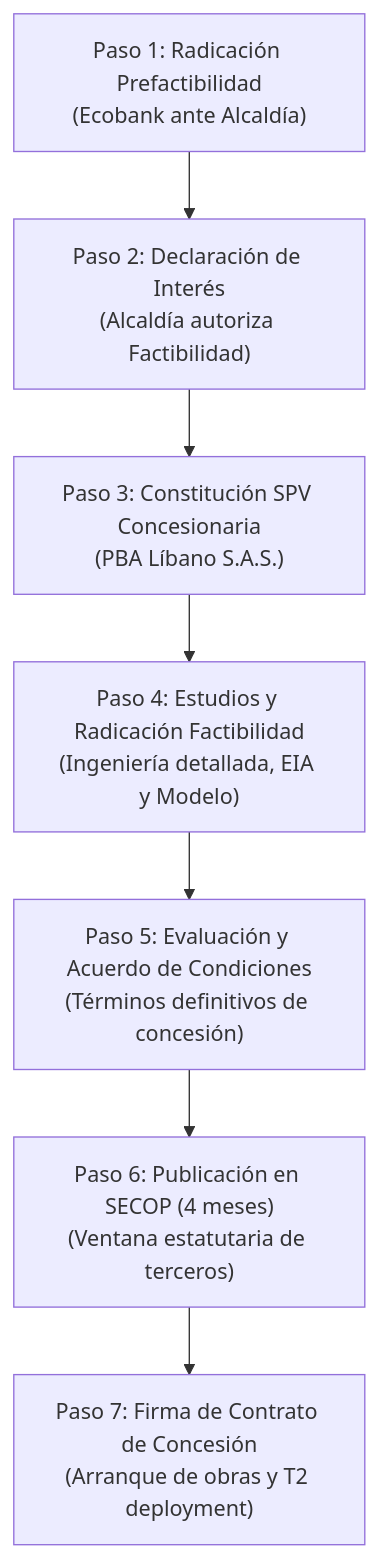
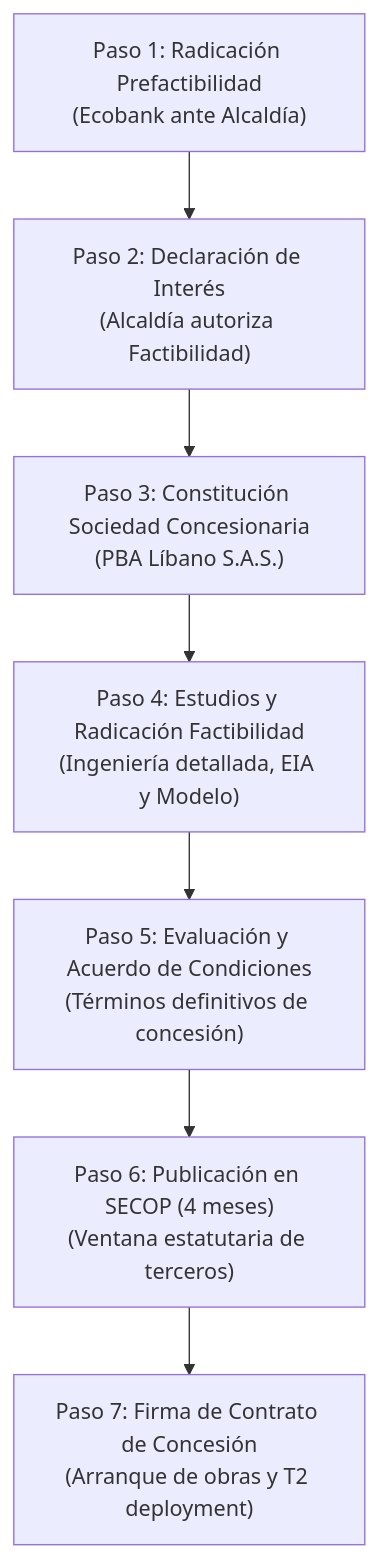
One commit to srbde/ruapp-data-room changed the diagram in 00_resumen_ejecutivo/estructura-institucional-app-v1.md. Above: the diagram before and after it, drawn with Mermaid. The commit also changed other lines of this file and 3 other files, not shown here.

````diff
--- a/00_resumen_ejecutivo/estructura-institucional-app-v1.md
+++ b/00_resumen_ejecutivo/estructura-institucional-app-v1.md
@@ -23,9 +23,9 @@
 ```mermaid
 graph TD
     A["Paso 1: Radicación Prefactibilidad<br>(Ecobank ante Alcaldía)"] --> B["Paso 2: Declaración de Interés<br>(Alcaldía autoriza Factibilidad)"]
-    B --> C["Paso 3: Constitución SPV Concesionaria<br>(PBA Líbano S.A.S.)"]
+    B --> C["Paso 3: Constitución Sociedad Concesionaria<br>(PBA Líbano S.A.S.)"]
     C --> D["Paso 4: Estudios y Radicación Factibilidad<br>(Ingeniería detallada, EIA y Modelo)"]
     D --> E["Paso 5: Evaluación y Acuerdo de Condiciones<br>(Términos definitivos de concesión)"]
     E --> F["Paso 6: Publicación en SECOP (4 meses)<br>(Ventana estatutaria de terceros)"]
     F --> G["Paso 7: Firma de Contrato de Concesión<br>(Arranque de obras y T2 deployment)"]
 ```
````
